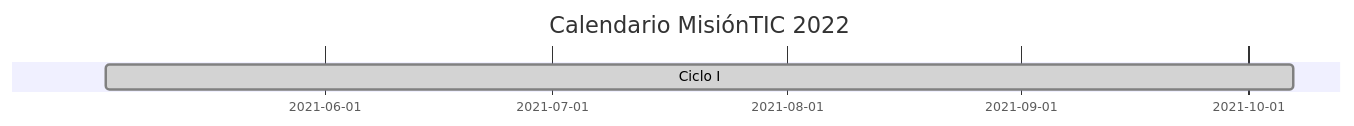
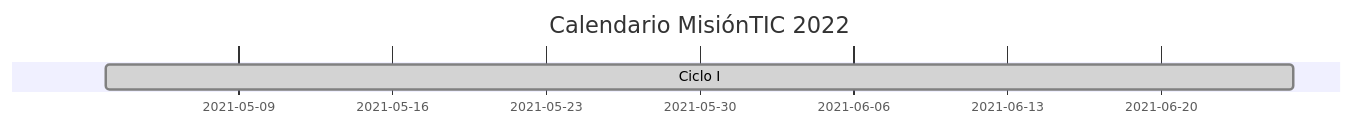
Before and after one commit to LorenaBtz/MisionTIC2022: the diagram in Ciclo I.md, drawn with Mermaid. The commit also changed other lines of this file and 15 other files, not shown here.

````diff
--- a/Ciclo I.md
+++ b/Ciclo I.md
@@ -3,7 +3,7 @@
 ``` mermaid
 gantt
 	dateFormat YYYY-MM-DD
 	title Calendario MisiónTIC 2022
 	
-	Ciclo I : done, des1, 2021-05-03 , 2021-10-07
+	Ciclo I : done, des1, 2021-05-03 , 2021-06-26
 ```
````
